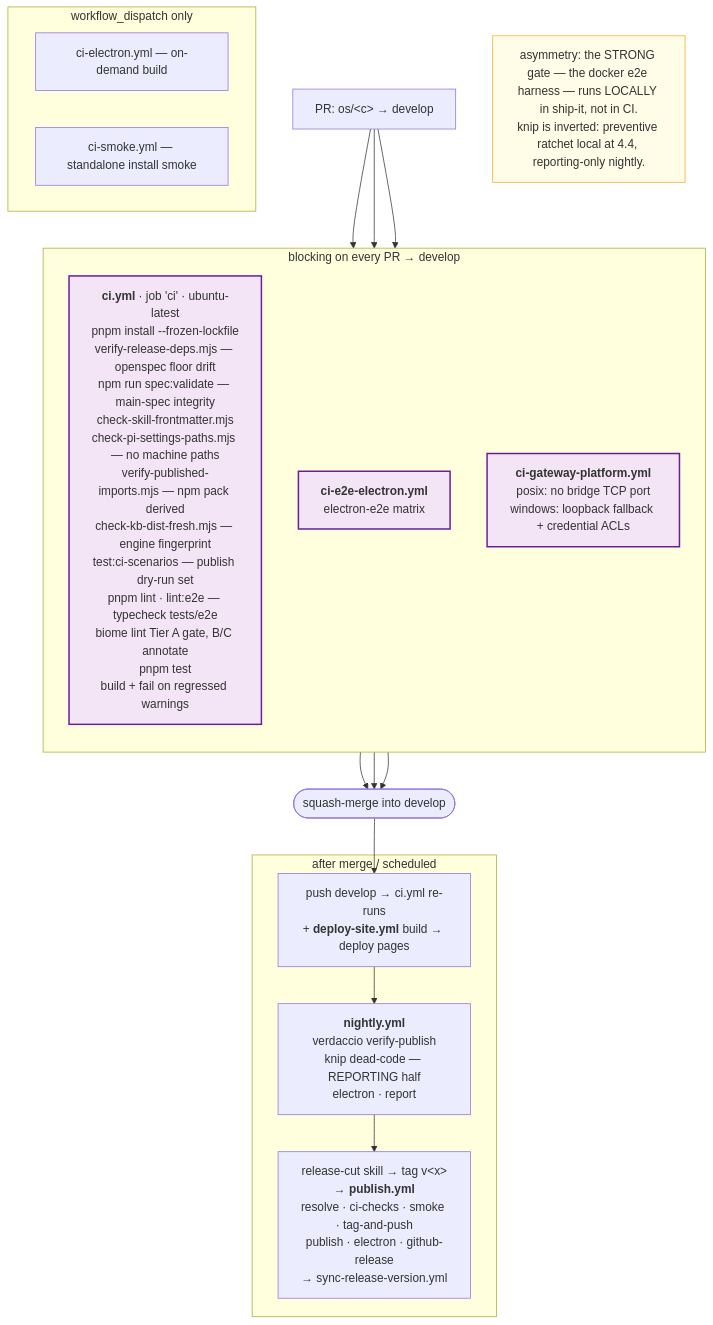
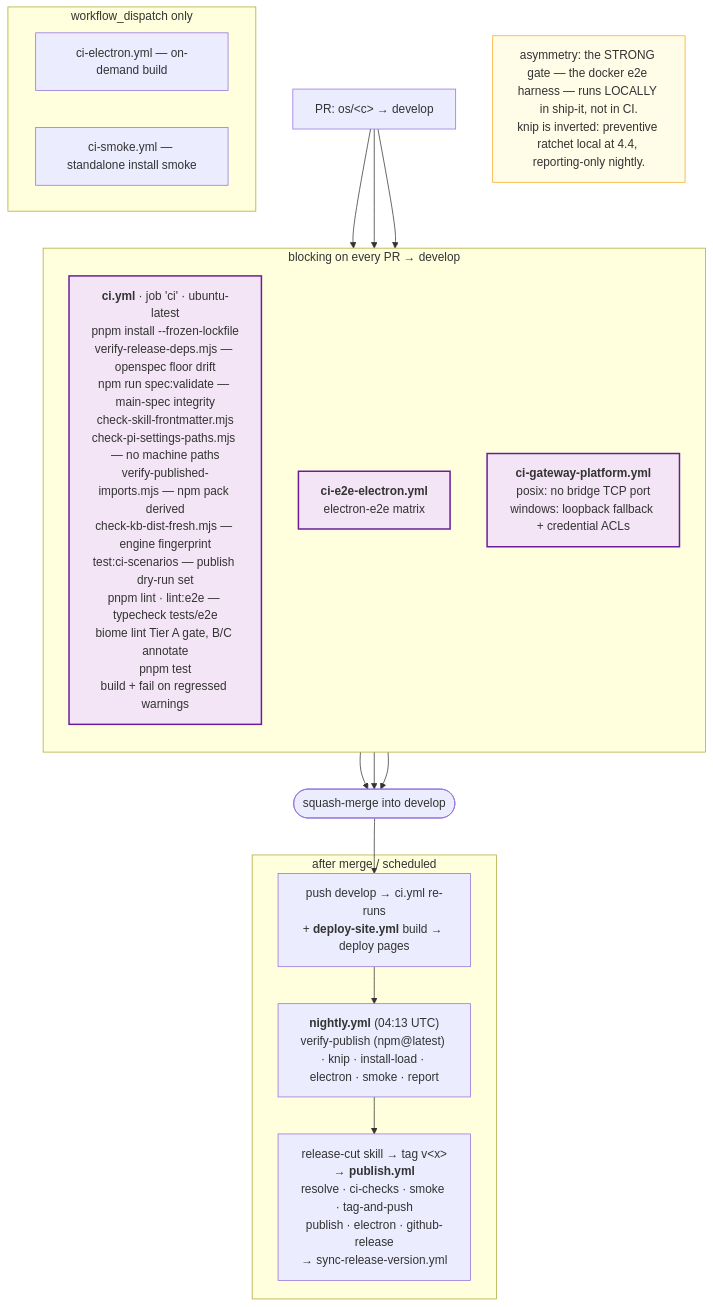
One commit to BlackBeltTechnology/pi-agent-dashboard changed the fifth of 6 diagrams in CONTRIBUTING.md. Above: the diagram before and after it, drawn with Mermaid. The commit also changed 45 other files, not shown here.

First line of the commit message:
feat(schedule-release-rehearsal): scheduled npm@latest release rehearsal nightly (#1199)

````diff
--- a/CONTRIBUTING.md
+++ b/CONTRIBUTING.md
@@ -372,35 +372,35 @@
 ```mermaid
 flowchart TD
   PR["PR: os/&lt;c&gt; → develop"]
 
   subgraph BLOCKING["blocking on every PR → develop"]
     direction TB
     A["<b>ci.yml</b> · job 'ci' · ubuntu-latest<br/>pnpm install --frozen-lockfile<br/>verify-release-deps.mjs — openspec floor drift<br/>npm run spec:validate — main-spec integrity<br/>check-skill-frontmatter.mjs<br/>check-pi-settings-paths.mjs — no machine paths<br/>verify-published-imports.mjs — npm pack derived<br/>check-kb-dist-fresh.mjs — engine fingerprint<br/>test:ci-scenarios — publish dry-run set<br/>pnpm lint · lint:e2e — typecheck tests/e2e<br/>biome lint Tier A gate, B/C annotate<br/>pnpm test<br/>build + fail on regressed warnings"]
     B["<b>ci-e2e-electron.yml</b><br/>electron-e2e matrix"]
     C["<b>ci-gateway-platform.yml</b><br/>posix: no bridge TCP port<br/>windows: loopback fallback + credential ACLs"]
   end
 
   subgraph ONDEMAND["workflow_dispatch only"]
     D["ci-electron.yml — on-demand build"]
     E["ci-smoke.yml — standalone install smoke"]
   end
 
   subgraph AFTER["after merge / scheduled"]
     F["push develop → ci.yml re-runs<br/>+ <b>deploy-site.yml</b> build → deploy pages"]
-    G["<b>nightly.yml</b><br/>verdaccio verify-publish<br/>knip dead-code — REPORTING half<br/>electron · report"]
+    G["<b>nightly.yml</b> (04:13 UTC)<br/>verify-publish (npm@latest) · knip · install-load · electron · smoke · report"]
     H["release-cut skill → tag v&lt;x&gt;<br/>→ <b>publish.yml</b><br/>resolve · ci-checks · smoke · tag-and-push<br/>publish · electron · github-release<br/>→ sync-release-version.yml"]
   end
 
   PR --> A & B & C
   A --> MERGE(["squash-merge into develop"])
   B --> MERGE
   C --> MERGE
   MERGE --> F --> G --> H
 
   NOTE["asymmetry: the STRONG gate — the docker e2e harness — runs LOCALLY in ship-it, not in CI.<br/>knip is inverted: preventive ratchet local at 4.4, reporting-only nightly."]
 
   classDef block fill:#f3e5f5,stroke:#6a1b9a,stroke-width:2px
   classDef note fill:#fffde7,stroke:#f9a825,stroke-width:1px
   class A,B,C block
   class NOTE note
 ```
````
